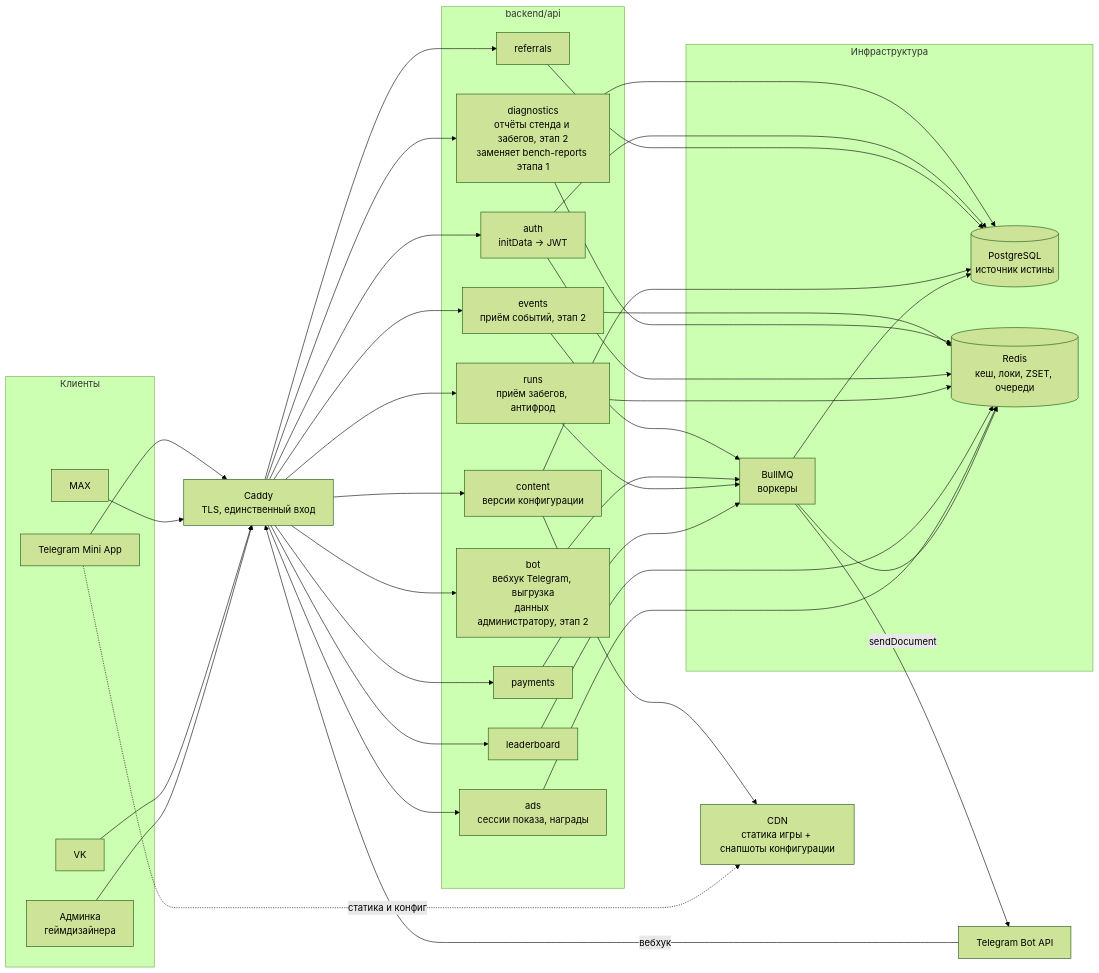
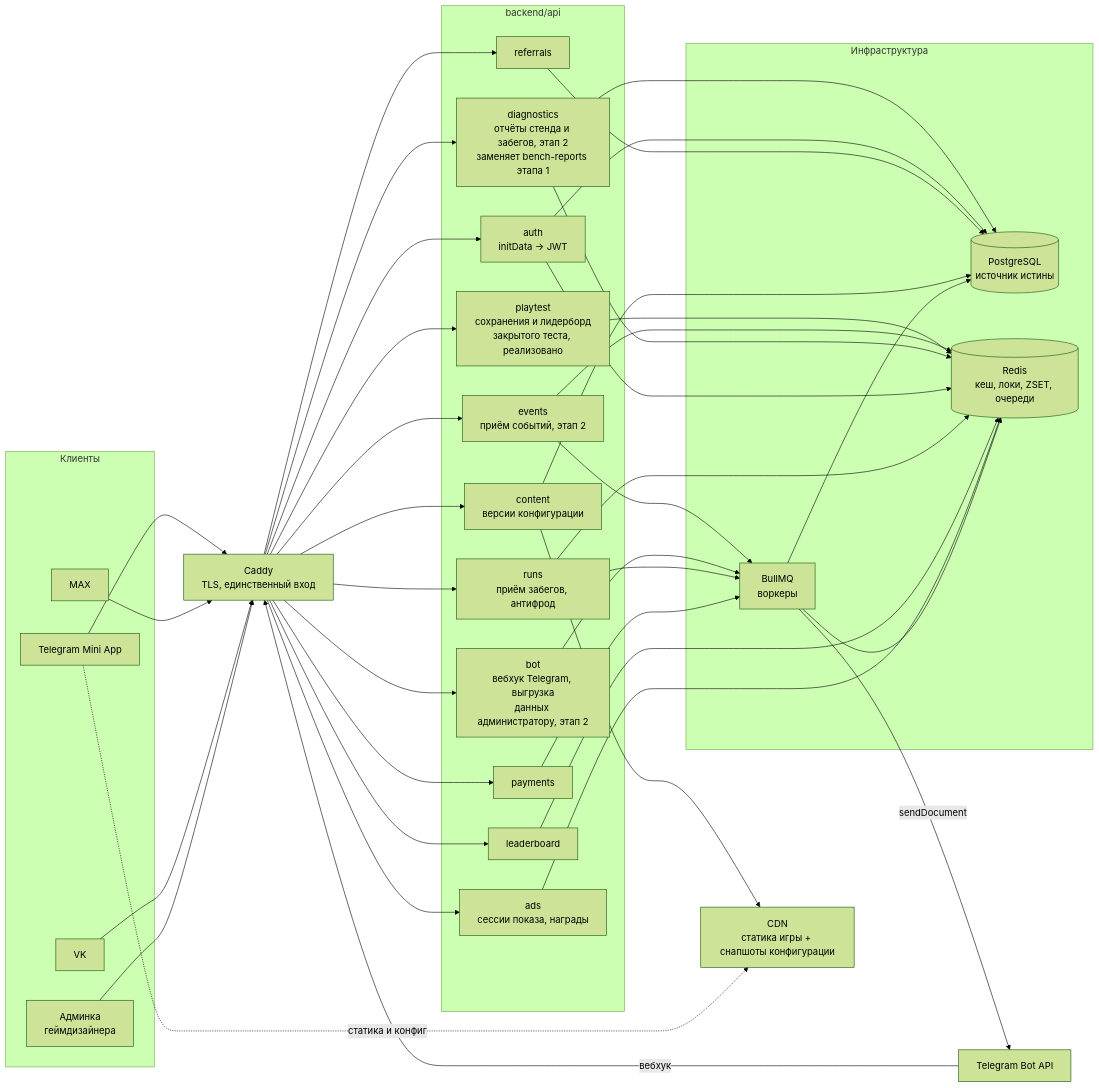
The seventh of 19 diagrams in docs/21-diagrams.md (JJSGxKD/rubezh), drawn with Mermaid (forest theme) before and after one commit. The commit also changed other lines of this file and 116 other files, not shown here.

````diff
--- a/docs/21-diagrams.md
+++ b/docs/21-diagrams.md
@@ -514,74 +514,77 @@
 ```mermaid
 flowchart LR
     subgraph clients["Клиенты"]
         TG["Telegram Mini App"]
         MAX["MAX"]
         VK["VK"]
         ADMIN["Админка<br/>геймдизайнера"]
     end
 
     CADDY["Caddy<br/>TLS, единственный вход"]
 
     subgraph api["backend/api"]
         AUTH["auth<br/>initData → JWT"]
         RUNS["runs<br/>приём забегов, антифрод"]
         LB["leaderboard"]
         PAY["payments"]
         ADS["ads<br/>сессии показа, награды"]
         REF["referrals"]
         CONTENT["content<br/>версии конфигурации"]
         EVENTS["events<br/>приём событий, этап 2"]
         DIAG["diagnostics<br/>отчёты стенда и забегов, этап 2<br/>заменяет bench-reports этапа 1"]
+        PT["playtest<br/>сохранения и лидерборд<br/>закрытого теста, реализовано"]
         BOT["bot<br/>вебхук Telegram, выгрузка<br/>данных администратору, этап 2"]
     end
 
     TGAPI["Telegram Bot API"]
 
     subgraph infra["Инфраструктура"]
         PG[("PostgreSQL<br/>источник истины")]
         REDIS[("Redis<br/>кеш, локи, ZSET, очереди")]
         QUEUE["BullMQ<br/>воркеры"]
     end
 
     CDN["CDN<br/>статика игры + снапшоты конфигурации"]
 
     TG --> CADDY
     MAX --> CADDY
     VK --> CADDY
     ADMIN --> CADDY
 
     CADDY --> AUTH
     CADDY --> RUNS
     CADDY --> LB
     CADDY --> PAY
     CADDY --> ADS
     CADDY --> REF
     CADDY --> CONTENT
     CADDY --> EVENTS
     CADDY --> DIAG
+    CADDY --> PT
 
+    PT --> REDIS
     EVENTS --> REDIS
     EVENTS --> QUEUE
     DIAG --> REDIS
     DIAG --> PG
     TGAPI -- вебхук --> CADDY
     CADDY --> BOT
     BOT --> QUEUE
     QUEUE -- sendDocument --> TGAPI
 
     AUTH --> PG
     AUTH --> REDIS
     RUNS --> REDIS
     RUNS --> QUEUE
     LB --> REDIS
     PAY --> QUEUE
     ADS --> REDIS
     REF --> PG
     CONTENT --> PG
     CONTENT --> CDN
 
     QUEUE --> PG
     QUEUE --> REDIS
 
     TG -.статика и конфиг.-> CDN
 ```
````
